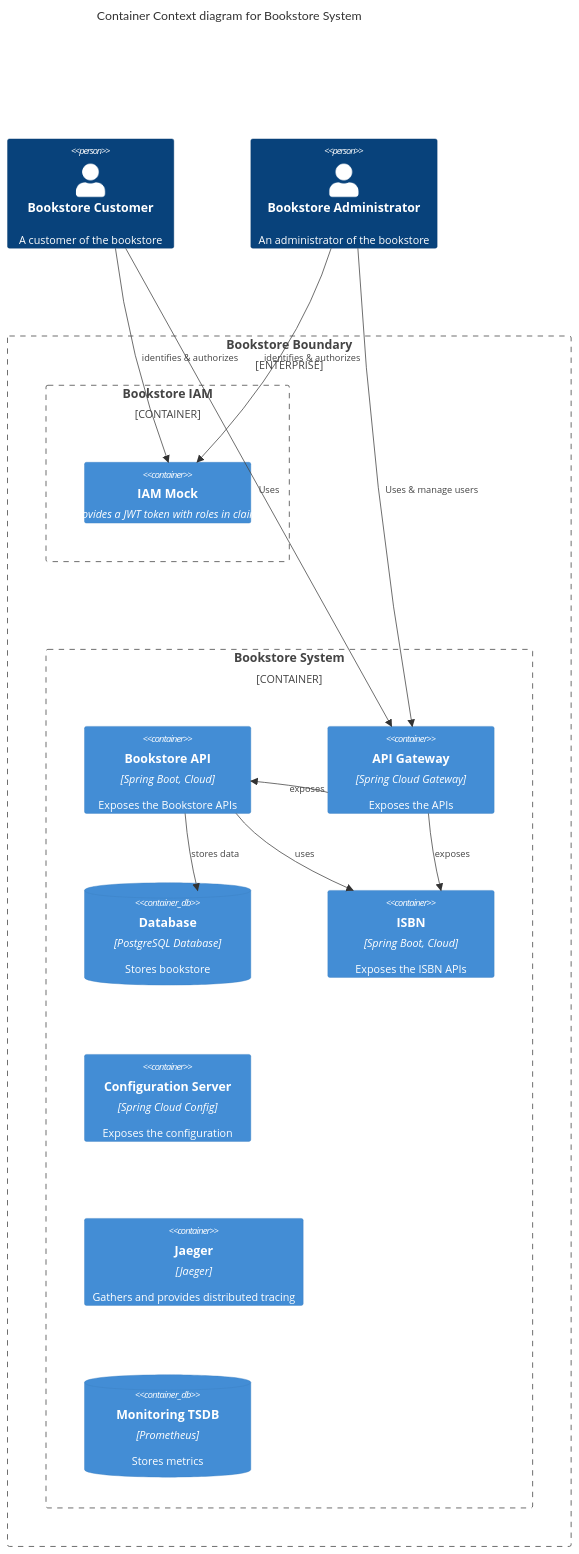
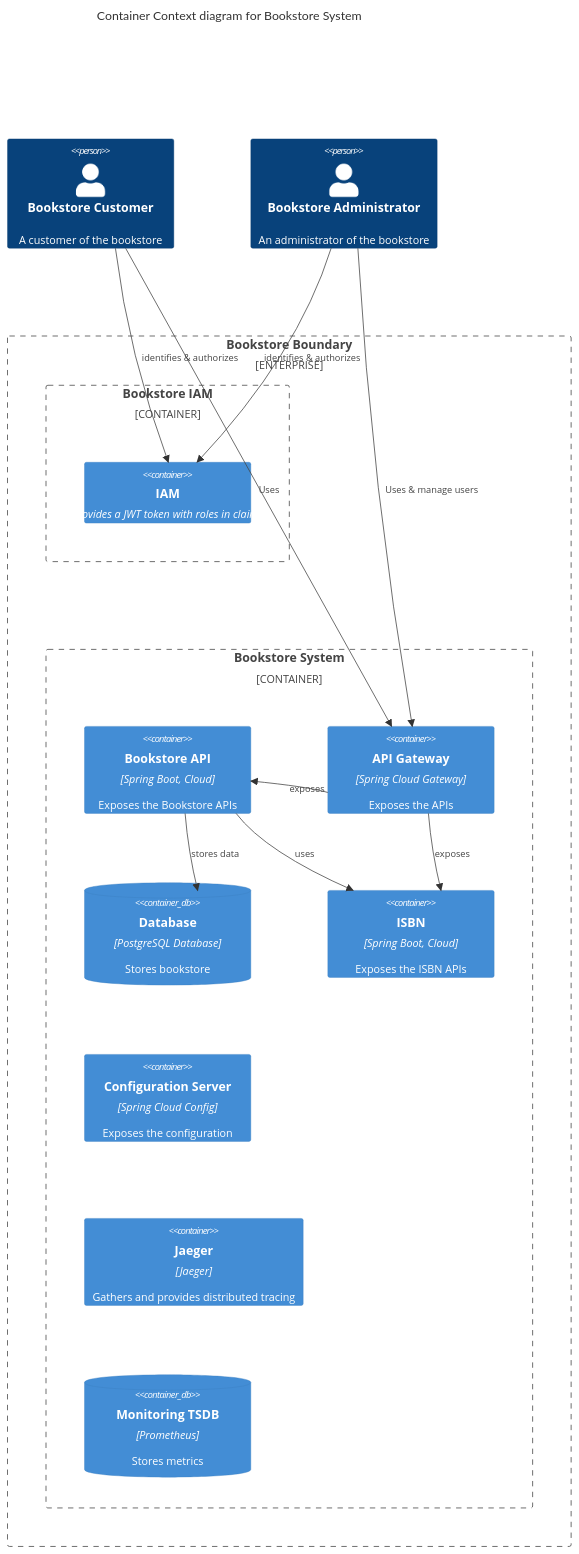
The second of 3 diagrams in README.md (alexandre-touret/rest-apis-versioning-workshop), drawn with Mermaid before and after one commit. The commit also changed other lines of this file and 9 other files, not shown here.

````diff
--- a/README.md
+++ b/README.md
@@ -41,35 +41,35 @@
 ```mermaid
 C4Container
       title Container Context diagram for Bookstore System
 
 
       Person(customerA, "Bookstore Customer", "A customer of the bookstore") 
       Person(adminA, "Bookstore Administrator", "An administrator of the bookstore") 
 
       Enterprise_Boundary(b0, "Bookstore Boundary") {
         Container_Boundary(b2,"Bookstore IAM"){
-          Container(iam,"IAM Mock","Provides a JWT token with roles in claims")
+          Container(iam,"IAM","Provides a JWT token with roles in claims")
 
                }
         Container_Boundary(b1,"Bookstore System"){
             Container(bookstoreApi,"Bookstore API","Spring Boot, Cloud","Exposes the Bookstore APIs")
             Container(gateway,"API Gateway","Spring Cloud Gateway","Exposes the APIs")
             ContainerDb(database, "Database", "PostgreSQL Database", "Stores bookstore")
             Container(isbnApi,"ISBN","Spring Boot, Cloud","Exposes the ISBN APIs")
             Container(configuration,"Configuration Server","Spring Cloud Config","Exposes the configuration")
             Container(jaeger,"Jaeger","Jaeger","Gathers and provides distributed tracing")
             ContainerDb(monitoring, "Monitoring TSDB", "Prometheus", "Stores metrics")
         }
       }
 
       Rel(customerA,gateway, "Uses")
       Rel(adminA, gateway, "Uses & manage users")
       Rel(customerA, iam, "identifies & authorizes")
       Rel(adminA, iam, "identifies & authorizes")
 
       Rel(gateway, bookstoreApi, "exposes")
       Rel(gateway, isbnApi, "exposes")
       Rel(bookstoreApi, isbnApi, "uses")
       Rel(bookstoreApi, database, "stores data")
       UpdateLayoutConfig($c4ShapeInRow="3", $c4BoundaryInRow="1")
 ```
````
